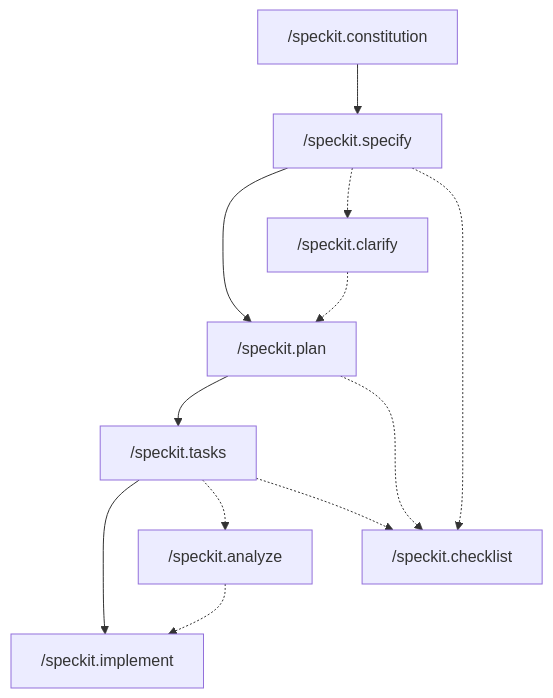
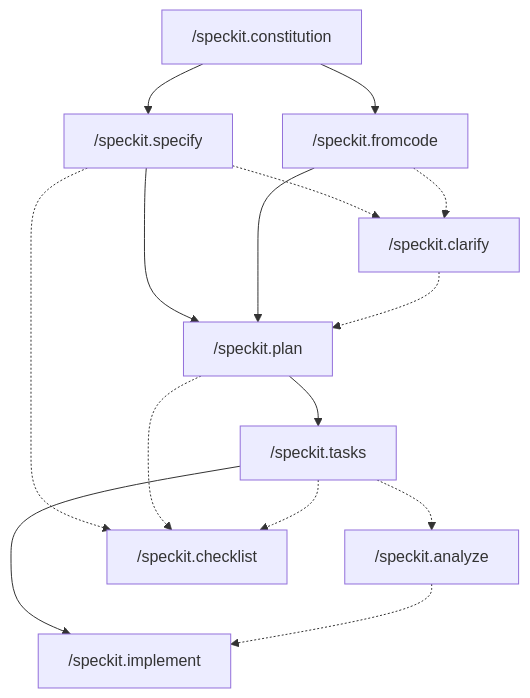
Before and after one commit to dceoy/spec-kit-agent-skills: the diagram in README.md, drawn with Mermaid. The commit also changed other lines of this file and 7 other files, not shown here.

First line of the commit message:
Add speckit-fromcode skill to generate specs from existing code

````diff
--- a/README.md
+++ b/README.md
@@ -34,16 +35,21 @@
 ```mermaid
 flowchart TD
   %% Core (recommended order)
   C0["/speckit.constitution"] --> C1["/speckit.specify"] --> C2["/speckit.plan"] --> C3["/speckit.tasks"] --> C4["/speckit.implement"]
 
+  %% Alternative entry for existing code
+  C0 --> FC["/speckit.fromcode"]
+  FC --> C2
+
   %% Optional (dashed = insert/assist)
   C1 -.-> O1["/speckit.clarify"]
+  FC -.-> O1
   O1 -.-> C2
 
   C3 -.-> O2["/speckit.analyze"]
   O2 -.-> C4
 
   C1 -.-> O3["/speckit.checklist"]
   C2 -.-> O3
   C3 -.-> O3
 ```
````
